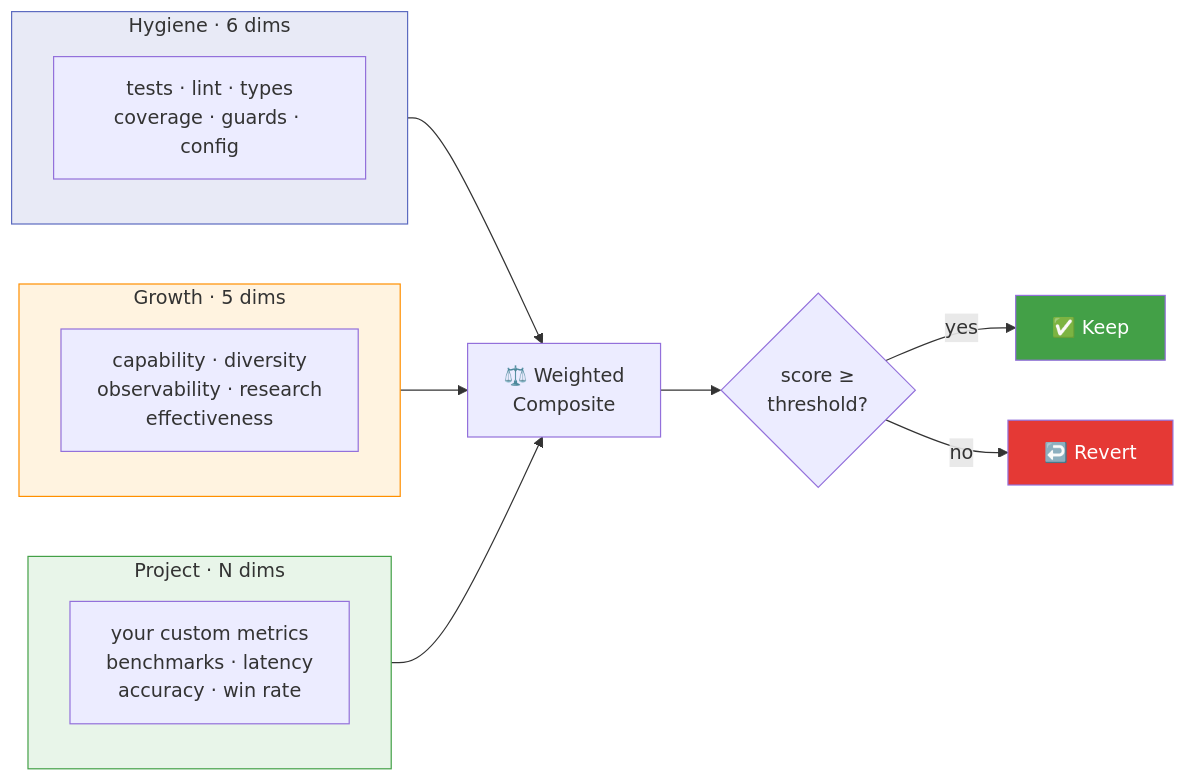
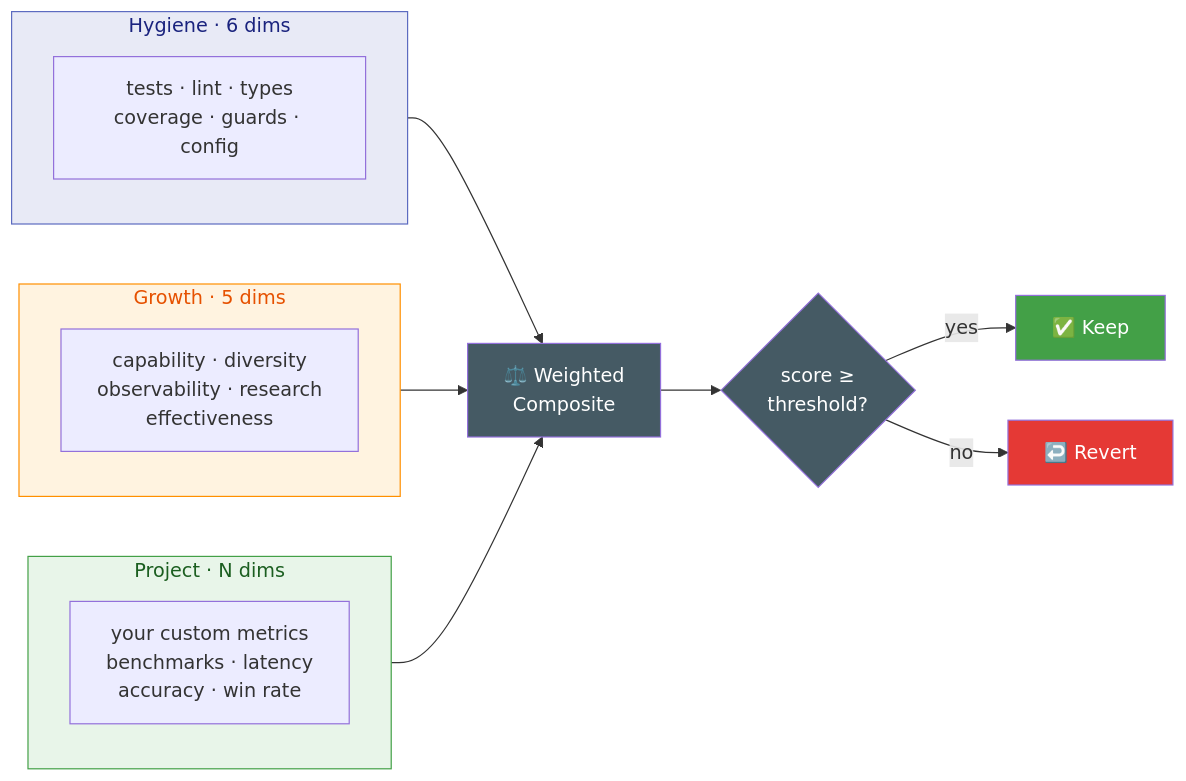
One commit to akashgit/remote-factory changed the fourth of 4 diagrams in docs/index.md. Above: the diagram before and after it, drawn with Mermaid. The commit also changed other lines of this file and 2 other files, not shown here.

First line of the commit message:
fix: make Mermaid diagram text readable in both light and dark mode

````diff
--- a/docs/index.md
+++ b/docs/index.md
@@ -131,25 +138,27 @@
 ```mermaid
 graph LR
     subgraph hygiene ["Hygiene · 6 dims"]
         H1["tests · lint · types<br>coverage · guards · config"]
     end
     subgraph growth ["Growth · 5 dims"]
         G1["capability · diversity<br>observability · research<br>effectiveness"]
     end
     subgraph project ["Project · N dims"]
         P1["your custom metrics<br>benchmarks · latency<br>accuracy · win rate"]
     end
 
     hygiene --> M["⚖️ Weighted<br>Composite"]
     growth --> M
     project --> M
     M --> S{"score ≥<br>threshold?"}
     S -- "yes" --> K["✅ Keep"]
     S -- "no" --> R["↩️ Revert"]
 
-    style hygiene fill:#e8eaf6,stroke:#5c6bc0
-    style growth fill:#fff3e0,stroke:#ff8f00
-    style project fill:#e8f5e9,stroke:#43a047
+    style hygiene fill:#e8eaf6,stroke:#5c6bc0,color:#1a237e
+    style growth fill:#fff3e0,stroke:#ff8f00,color:#e65100
+    style project fill:#e8f5e9,stroke:#43a047,color:#1b5e20
+    style M fill:#455a64,color:#fff
+    style S fill:#455a64,color:#fff
     style K fill:#43a047,color:#fff
     style R fill:#e53935,color:#fff
 ```
````
